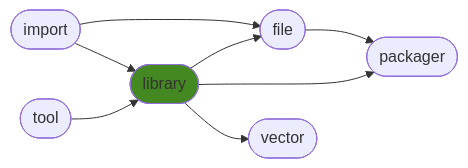
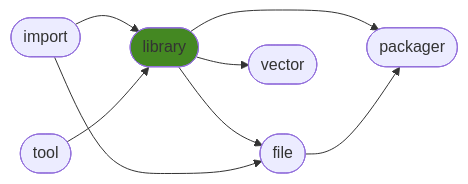
The diagram in README.md (ManderaGeneral/generallibrary), drawn with Mermaid before and after one commit. The commit also changed other lines of this file, not shown here.

````diff
--- a/README.md
+++ b/README.md
@@ -24,17 +24,17 @@
 ```mermaid
 flowchart LR
-0([import]) --> 3([file])
 2([library]) --> 3([file])
 2([library]) --> 5([packager])
 0([import]) --> 2([library])
 1([tool]) --> 2([library])
+0([import]) --> 3([file])
 3([file]) --> 5([packager])
 2([library]) --> 4([vector])
 click 0 "https://github.com/ManderaGeneral/generalimport"
 click 1 "https://github.com/ManderaGeneral/generaltool"
 click 2 "https://github.com/ManderaGeneral/generallibrary"
 click 3 "https://github.com/ManderaGeneral/generalfile"
 click 4 "https://github.com/ManderaGeneral/generalvector"
 click 5 "https://github.com/ManderaGeneral/generalpackager"
 style 2 fill:#482
 ```
````
